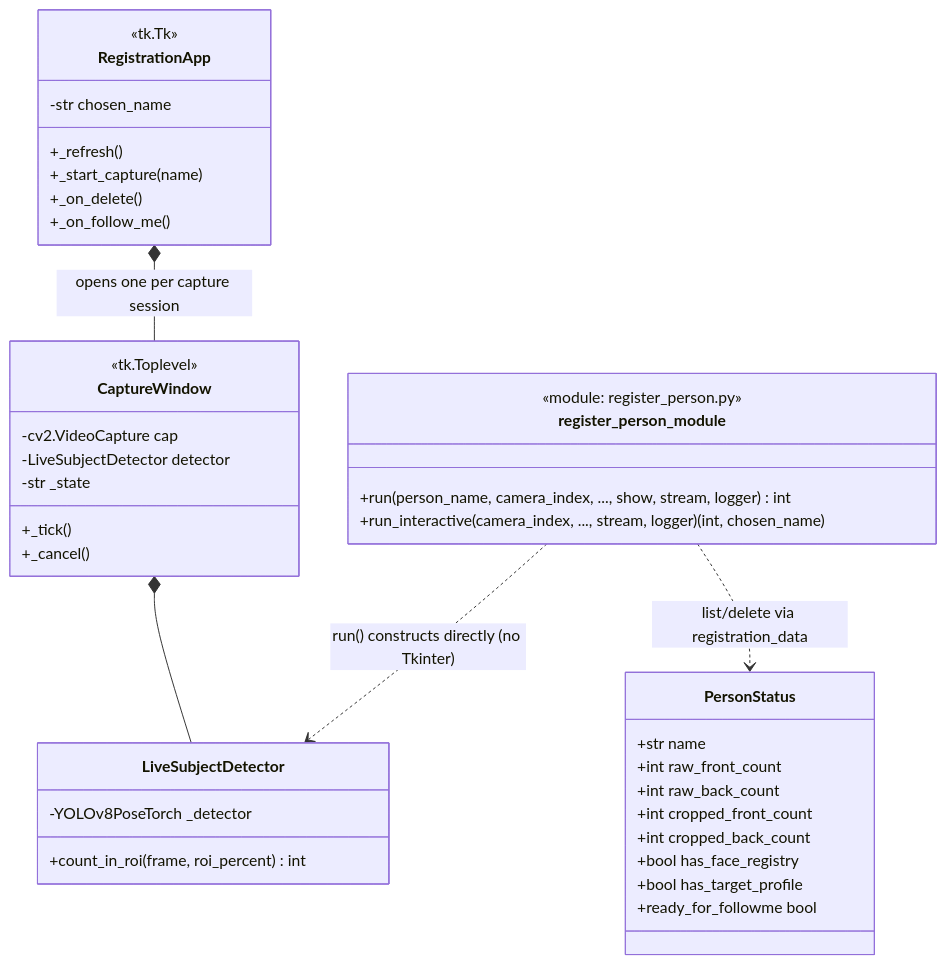
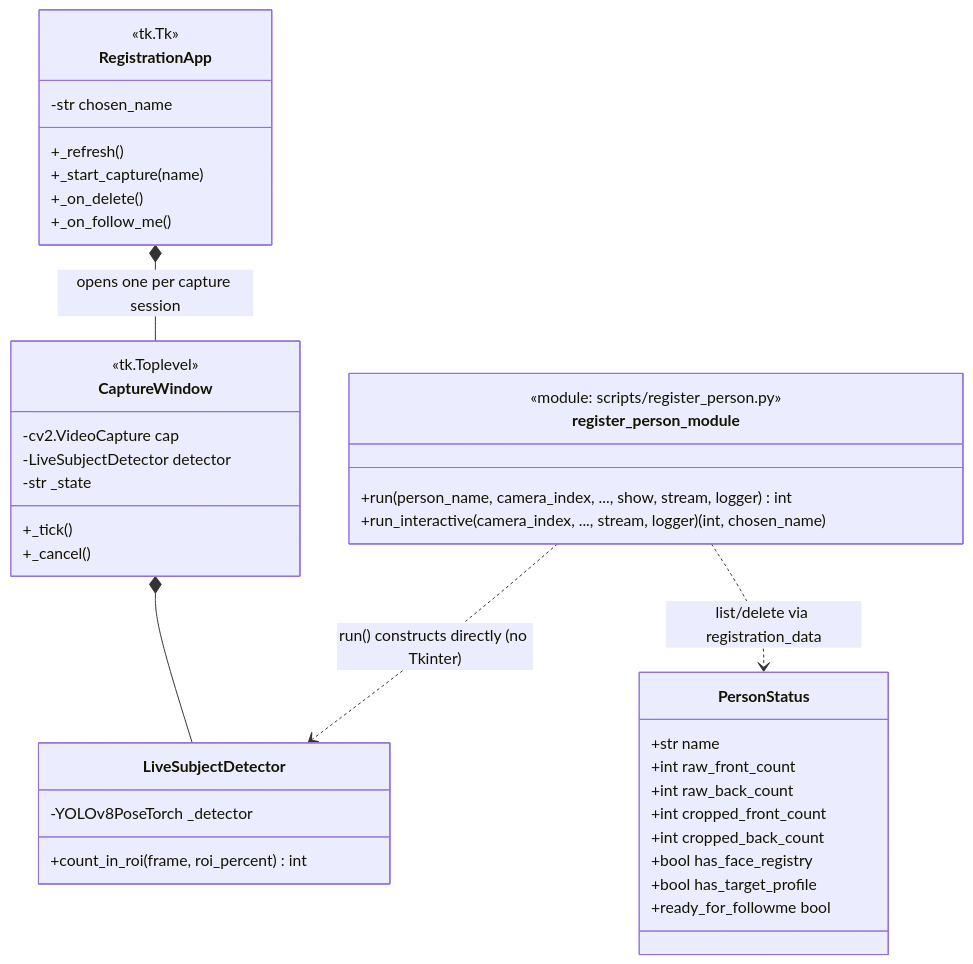
The seventh of 9 diagrams in docs/architecture.md (NhatNam041206/UOG_ARL_FOLLOWME), drawn with Mermaid before and after one commit. The commit also changed other lines of this file and 34 other files, not shown here.

````diff
--- a/docs/architecture.md
+++ b/docs/architecture.md
@@ -585,43 +641,43 @@
 ```mermaid
 classDiagram
     class PersonStatus {
         +str name
         +int raw_front_count
         +int raw_back_count
         +int cropped_front_count
         +int cropped_back_count
         +bool has_face_registry
         +bool has_target_profile
         +ready_for_followme bool
     }
     class LiveSubjectDetector {
         -YOLOv8PoseTorch _detector
         +count_in_roi(frame, roi_percent) int
     }
     class CaptureWindow {
         <<tk.Toplevel>>
         -cv2.VideoCapture cap
         -LiveSubjectDetector detector
         -str _state
         +_tick()
         +_cancel()
     }
     class RegistrationApp {
         <<tk.Tk>>
         -str chosen_name
         +_refresh()
         +_start_capture(name)
         +_on_delete()
         +_on_follow_me()
     }
     class register_person_module {
-        <<module: register_person.py>>
+        <<module: scripts/register_person.py>>
         +run(person_name, camera_index, ..., show, stream, logger) int
         +run_interactive(camera_index, ..., stream, logger) (int, chosen_name)
     }
 
     RegistrationApp *-- CaptureWindow : opens one per capture session
     CaptureWindow *-- LiveSubjectDetector
     register_person_module ..> LiveSubjectDetector : run() constructs directly (no Tkinter)
     register_person_module ..> PersonStatus : list/delete via registration_data
 ```
````
